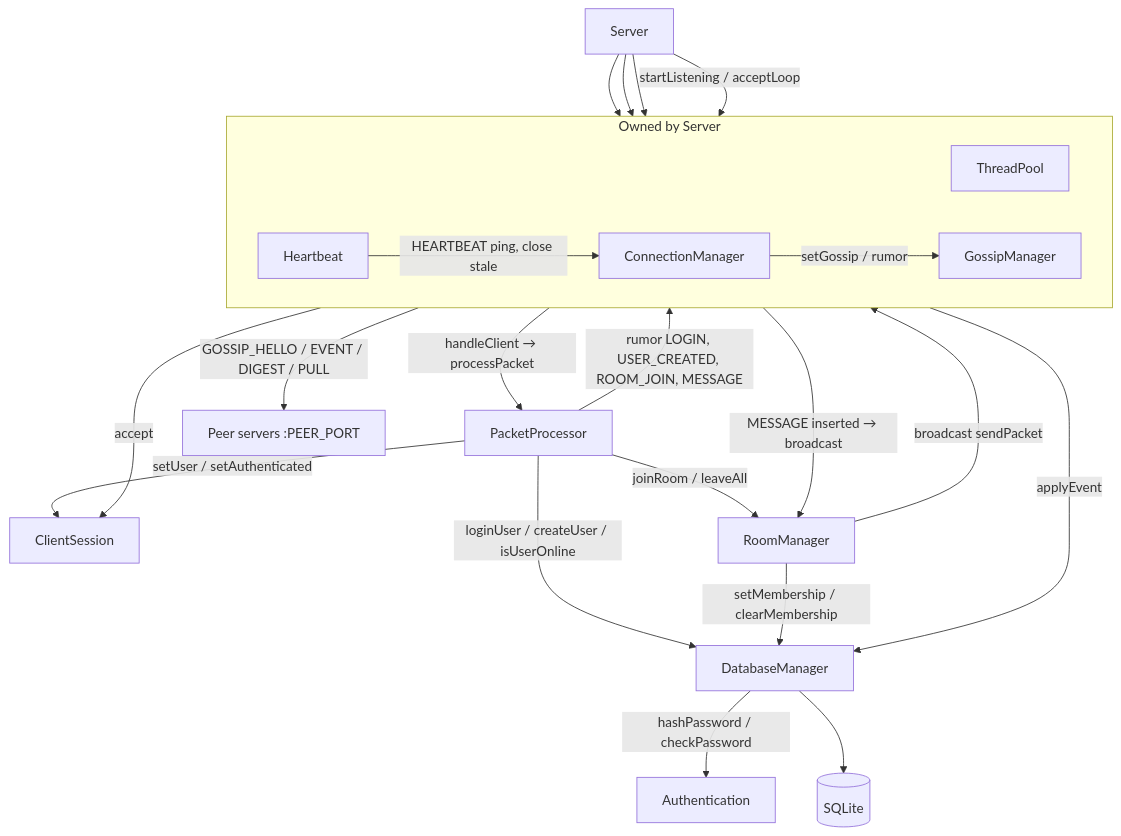
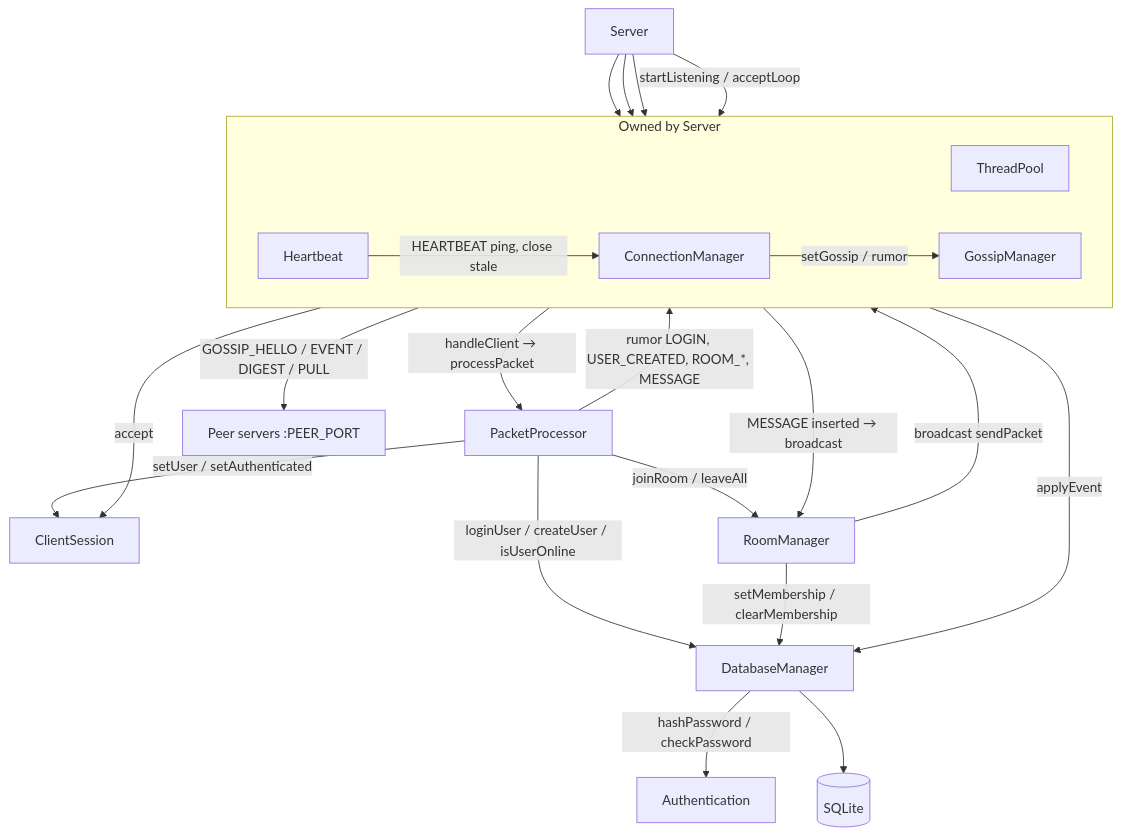
Before and after one commit to OmriSpitzer/Distributed-Chat-Server: the third of 5 diagrams in architecture.md, drawn with Mermaid. The commit also changed other lines of this file and 22 other files, not shown here.

````diff
--- a/architecture.md
+++ b/architecture.md
@@ -109,35 +122,35 @@
 ```mermaid
 flowchart TB
   Server["Server"]
 
   subgraph OWNED["Owned by Server"]
     direction LR
     ThreadPool
     Heartbeat
     GossipManager
     ConnectionManager
   end
 
   Server --> ThreadPool
   Server --> Heartbeat
   Server --> GossipManager
   Server -->|"startListening / acceptLoop"| ConnectionManager
 
   Heartbeat -->|"HEARTBEAT ping, close stale"| ConnectionManager
   ConnectionManager -->|"setGossip / rumor"| GossipManager
   ConnectionManager -->|"accept"| ClientSession
   ConnectionManager -->|"handleClient → processPacket"| PacketProcessor
 
   PacketProcessor -->|"loginUser / createUser / isUserOnline"| DatabaseManager
   PacketProcessor -->|"joinRoom / leaveAll"| RoomManager
   PacketProcessor -->|"setUser / setAuthenticated"| ClientSession
-  PacketProcessor -->|"rumor LOGIN, USER_CREATED, ROOM_JOIN, MESSAGE"| ConnectionManager
+  PacketProcessor -->|"rumor LOGIN, USER_CREATED, ROOM_*, MESSAGE"| ConnectionManager
 
   RoomManager -->|"setMembership / clearMembership"| DatabaseManager
   RoomManager -->|"broadcast sendPacket"| ConnectionManager
   GossipManager -->|"applyEvent"| DatabaseManager
   GossipManager -->|"MESSAGE inserted → broadcast"| RoomManager
   GossipManager -->|"GOSSIP_HELLO / EVENT / DIGEST / PULL"| Peers["Peer servers :PEER_PORT"]
   DatabaseManager -->|"hashPassword / checkPassword"| Authentication
   DatabaseManager --> SQLite[("SQLite")]
 ```
````
